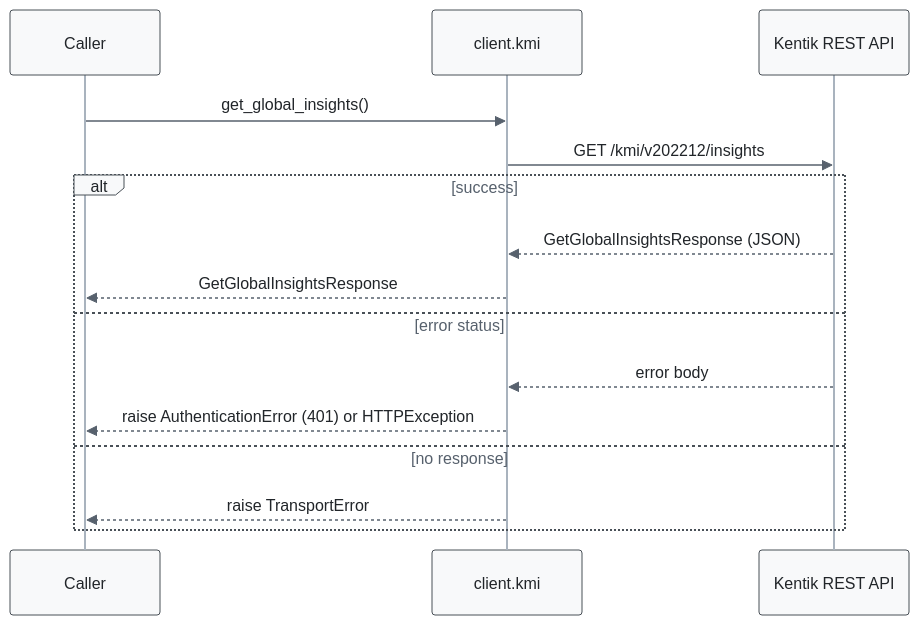
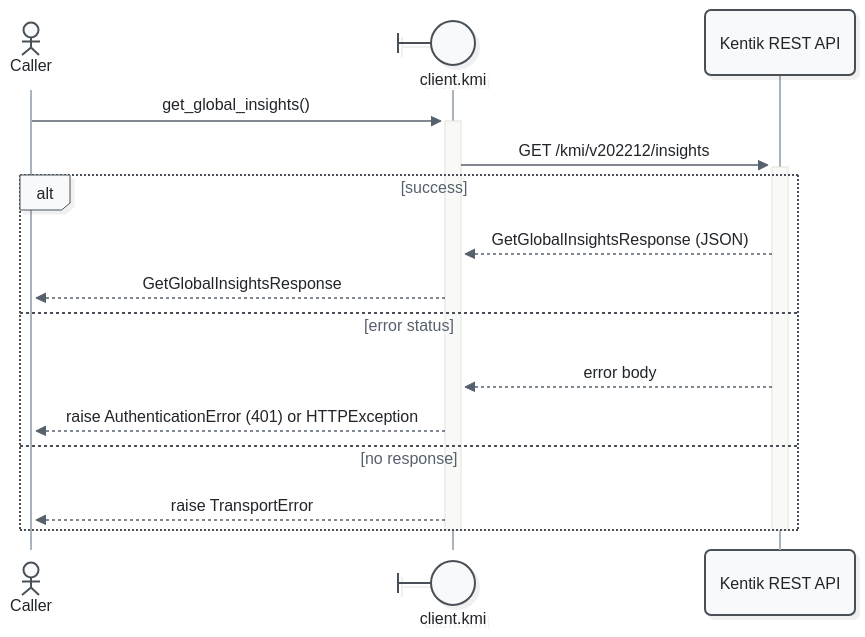
One commit to alexdearaujo/community_sdk_python changed the first of 11 diagrams in docs/sphinx/services/kmi.md. Above: the diagram before and after it, drawn with Mermaid. The commit also changed other lines of this file and 52 other files, not shown here.

First line of the commit message:
docs: Mermaid 12 sequence diagrams with participant types and path colors

````diff
--- a/docs/sphinx/services/kmi.md
+++ b/docs/sphinx/services/kmi.md
@@ -33,19 +33,21 @@
 ```mermaid
-%%{init: {"theme": "base", "fontFamily": "ui-monospace, SFMono-Regular, Menlo, monospace", "themeVariables": {"fontFamily": "ui-monospace, SFMono-Regular, Menlo, monospace", "primaryColor": "#f8f9fa", "primaryBorderColor": "#495057", "primaryTextColor": "#212529", "textColor": "#212529", "lineColor": "#77818c", "edgeLabelBackground": "#ffffff", "actorBkg": "#f8f9fa", "actorBorder": "#495057", "actorTextColor": "#212529", "actorLineColor": "#a9b3be", "signalColor": "#57616d", "signalTextColor": "#212529", "labelBoxBkgColor": "#f8f9fa", "labelBoxBorderColor": "#495057", "labelTextColor": "#212529", "loopTextColor": "#57616d", "noteBkgColor": "#fff9db", "noteBorderColor": "#f08c00", "noteTextColor": "#a35a00"}, "flowchart": {"curve": "step", "nodeSpacing": 30, "rankSpacing": 70, "wrappingWidth": 400}}}%%
+%%{init: {"theme": "redux", "look": "neo", "layout": "dagre", "fontFamily": "ui-monospace, SFMono-Regular, Menlo, monospace", "themeVariables": {"fontFamily": "ui-monospace, SFMono-Regular, Menlo, monospace", "primaryColor": "#f8f9fa", "primaryBorderColor": "#495057", "primaryTextColor": "#212529", "textColor": "#212529", "lineColor": "#77818c", "edgeLabelBackground": "#ffffff", "actorBkg": "#f8f9fa", "actorBorder": "#495057", "actorTextColor": "#212529", "actorLineColor": "#a9b3be", "signalColor": "#57616d", "signalTextColor": "#212529", "labelBoxBkgColor": "#f8f9fa", "labelBoxBorderColor": "#495057", "labelTextColor": "#212529", "loopTextColor": "#57616d", "noteBkgColor": "#fff9db", "noteBorderColor": "#f08c00", "noteTextColor": "#a35a00"}, "sequence": {"activationWidth": 16}, "flowchart": {"curve": "step", "nodeSpacing": 30, "rankSpacing": 70, "wrappingWidth": 400}}}%%
 sequenceDiagram
-    participant C as Caller
-    participant W as client.kmi
+    actor C as Caller
+    participant W@{ "type": "boundary" } as client.kmi
     participant API as Kentik REST API
 
-    C->>W: get_global_insights()
-    W->>API: GET /kmi/v202212/insights
+    C->>+W: get_global_insights()
+    W->>+API: GET /kmi/v202212/insights
     alt success
         API-->>W: GetGlobalInsightsResponse (JSON)
         W-->>C: GetGlobalInsightsResponse
     else error status
         API-->>W: error body
         W-->>C: raise AuthenticationError (401) or HTTPException
     else no response
         W-->>C: raise TransportError
     end
+    deactivate API
+    deactivate W
 ```
````
